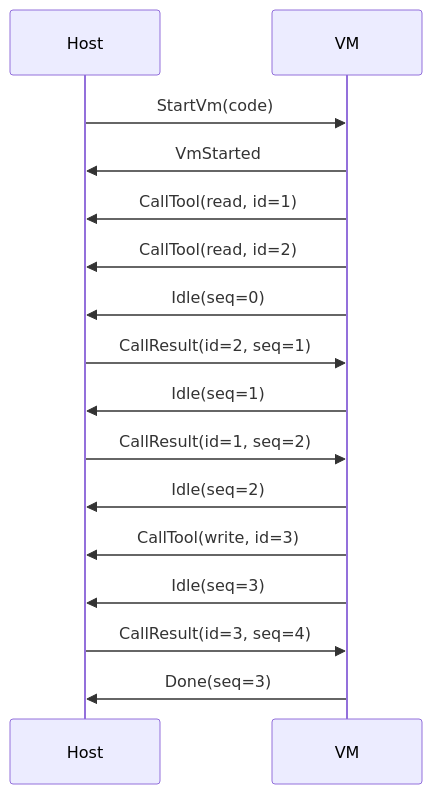
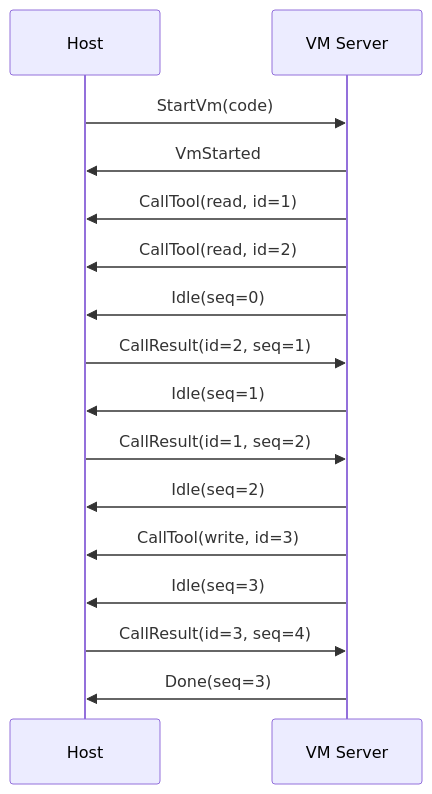
The diagram in sdk/codemode/README.mbt.md (kkkiio/pi.mbt), drawn with Mermaid before and after one commit. The commit also changed other lines of this file and 11 other files, not shown here.

````diff
--- a/sdk/codemode/README.mbt.md
+++ b/sdk/codemode/README.mbt.md
@@ -18,19 +18,19 @@
 ```mermaid
 sequenceDiagram
     participant H as Host
-    participant V as VM
+    participant V as VM Server
 
     H->>V: StartVm(code)
     V->>H: VmStarted
     V->>H: CallTool(read, id=1)
     V->>H: CallTool(read, id=2)
     V->>H: Idle(seq=0)
     H->>V: CallResult(id=2, seq=1)
     V->>H: Idle(seq=1)
     H->>V: CallResult(id=1, seq=2)
     V->>H: Idle(seq=2)
     V->>H: CallTool(write, id=3)
     V->>H: Idle(seq=3)
     H->>V: CallResult(id=3, seq=4)
     V->>H: Done(seq=3)
 ```
````
